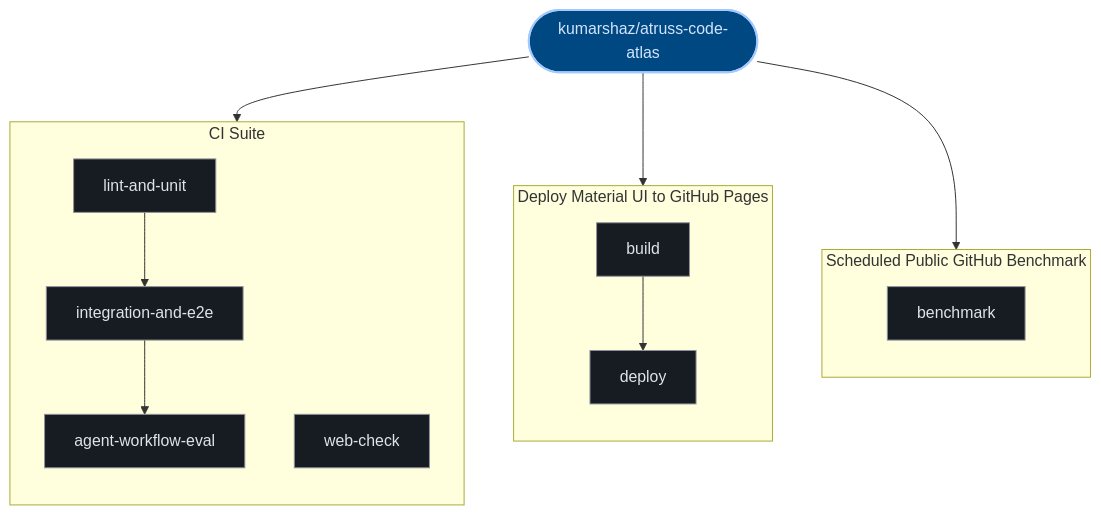
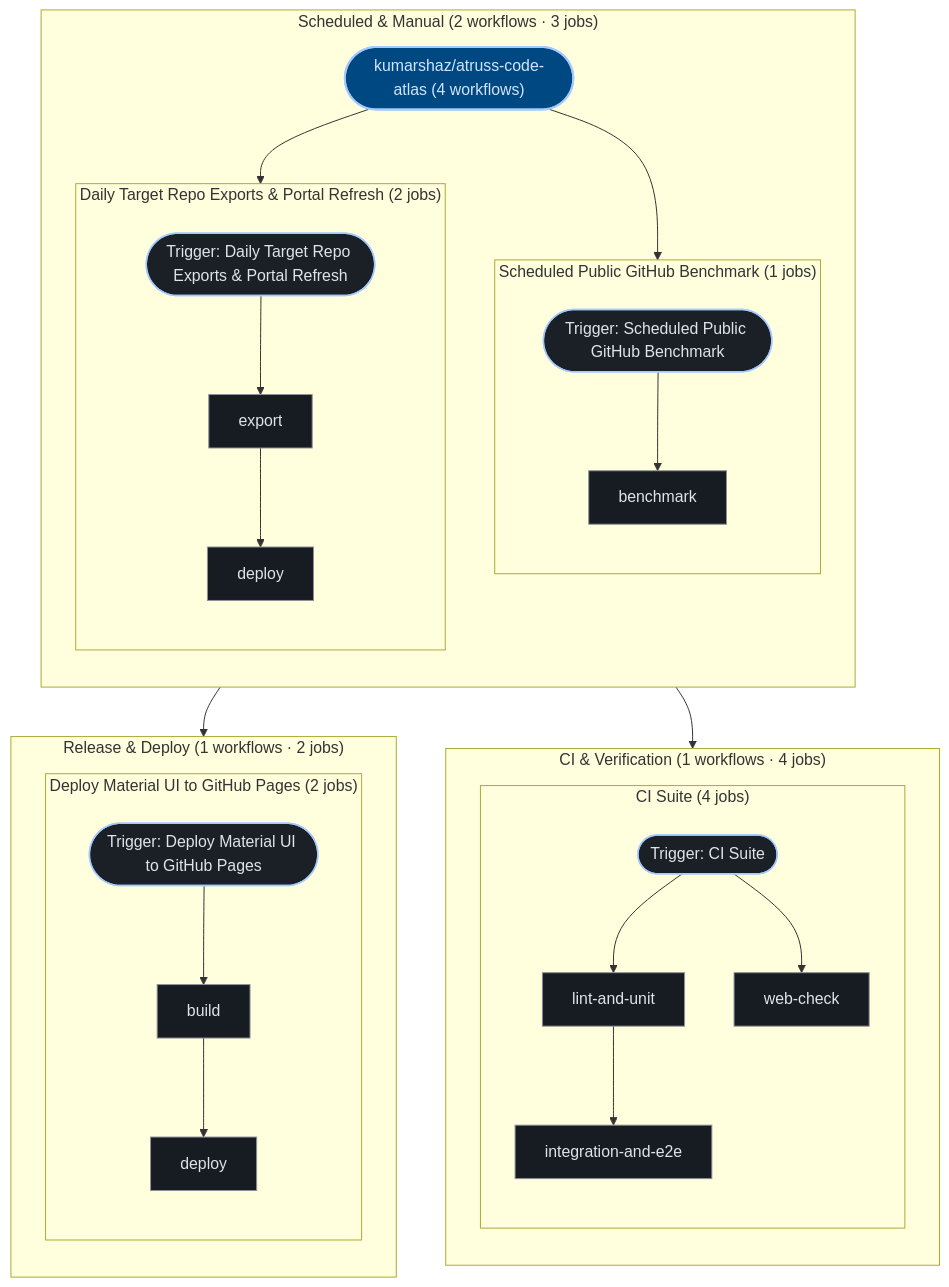
One commit to kumarshaz/atruss-code-atlas changed the third of 3 diagrams in exports/latest/reports/kumarshaz-atruss-code-atlas-report.md. Above: the diagram before and after it, drawn with Mermaid. The commit also changed other lines of this file and 1613 other files, not shown here.

Commit message:
chore(daily-export): refresh exports/latest snapshot

````diff
--- a/exports/latest/reports/kumarshaz-atruss-code-atlas-report.md
+++ b/exports/latest/reports/kumarshaz-atruss-code-atlas-report.md
@@ -198,33 +289,57 @@
 ```mermaid
 graph TD;
+  %% title: CI/CD Pipeline Topology — kumarshaz/atruss-code-atlas
   classDef atlasRoot fill:#004882,stroke:#a3c9ff,stroke-width:2px,color:#d3e4ff
   classDef atlasCategory fill:#212428,stroke:#E87A48,stroke-width:1.5px,color:#dfe3eb
   classDef atlasWorkflow fill:#1b2026,stroke:#a3c9ff,stroke-width:1.5px,color:#dfe3eb
   classDef atlasJob fill:#171c22,stroke:#8d9199,stroke-width:1px,color:#dfe3eb
   classDef atlasTarget fill:#005227,stroke:#8bd99b,stroke-width:1.5px,color:#a7f6b6
   classDef atlasAlert fill:#93000a,stroke:#ffb4ab,stroke-width:1.5px,color:#ffdad6
   classDef atlasMore fill:#252a31,stroke:#8d9199,stroke-dasharray:4 4,color:#c3c6cf
-  pipeline_root(["kumarshaz/atruss-code-atlas"]):::atlasRoot
-  subgraph Scheduled_Public_GitHub_Benchmark_0["Scheduled Public GitHub Benchmark"]
+  pipeline_root(["kumarshaz/atruss-code-atlas (4 workflows)"]):::atlasRoot
+  subgraph sg_grp_0_Scheduled___Manual["Scheduled & Manual (2 workflows · 3 jobs)"]
     direction TB
-    0_benchmark["benchmark"]:::atlasJob
+    subgraph sg_wf_0_Scheduled_Public_GitHub_Benchmark["Scheduled Public GitHub Benchmark (1 jobs)"]
+      direction TB
+      wf_0_Scheduled_Public_GitHub_Benchmark(["Trigger: Scheduled Public GitHub Benchmark"]):::atlasWorkflow
+      job_0_benchmark["benchmark"]:::atlasJob
+      wf_0_Scheduled_Public_GitHub_Benchmark --> job_0_benchmark
+    end
+    pipeline_root --> wf_0_Scheduled_Public_GitHub_Benchmark
+    subgraph sg_wf_1_Daily_Target_Repo_Exports___Portal_Refresh["Daily Target Repo Exports & Portal Refresh (2 jobs)"]
+      direction TB
+      wf_1_Daily_Target_Repo_Exports___Portal_Refresh(["Trigger: Daily Target Repo Exports & Portal Refresh"]):::atlasWorkflow
+      job_1_export["export"]:::atlasJob
+      job_1_deploy["deploy"]:::atlasJob
+      wf_1_Daily_Target_Repo_Exports___Portal_Refresh --> job_1_export
+      job_1_export --> job_1_deploy
+    end
+    pipeline_root --> wf_1_Daily_Target_Repo_Exports___Portal_Refresh
   end
-  pipeline_root --> 0_benchmark
-  subgraph Deploy_Material_UI_to_GitHub_Pages_1["Deploy Material UI to GitHub Pages"]
+  subgraph sg_grp_1_CI___Verification["CI & Verification (1 workflows · 4 jobs)"]
     direction TB
-    1_build["build"]:::atlasJob
-    1_deploy["deploy"]:::atlasJob
-    1_build --> 1_deploy
+    subgraph sg_wf_3_CI_Suite["CI Suite (4 jobs)"]
+      direction TB
+      wf_3_CI_Suite(["Trigger: CI Suite"]):::atlasWorkflow
+      job_3_lint_and_unit["lint-and-unit"]:::atlasJob
+      job_3_web_check["web-check"]:::atlasJob
+      job_3_integration_and_e2e["integration-and-e2e"]:::atlasJob
+      wf_3_CI_Suite --> job_3_lint_and_unit
+      wf_3_CI_Suite --> job_3_web_check
+      job_3_lint_and_unit --> job_3_integration_and_e2e
+    end
+    pipeline_root --> wf_3_CI_Suite
   end
-  pipeline_root --> 1_build
-  subgraph CI_Suite_2["CI Suite"]
+  subgraph sg_grp_2_Release___Deploy["Release & Deploy (1 workflows · 2 jobs)"]
     direction TB
-    2_lint_and_unit["lint-and-unit"]:::atlasJob
-    2_web_check["web-check"]:::atlasJob
-    2_integration_and_e2e["integration-and-e2e"]:::atlasJob
-    2_lint_and_unit --> 2_integration_and_e2e
-    2_agent_workflow_eval["agent-workflow-eval"]:::atlasJob
-    2_integration_and_e2e --> 2_agent_workflow_eval
+    subgraph sg_wf_2_Deploy_Material_UI_to_GitHub_Pages["Deploy Material UI to GitHub Pages (2 jobs)"]
+      direction TB
+      wf_2_Deploy_Material_UI_to_GitHub_Pages(["Trigger: Deploy Material UI to GitHub Pages"]):::atlasWorkflow
+      job_2_build["build"]:::atlasJob
+      job_2_deploy["deploy"]:::atlasJob
+      wf_2_Deploy_Material_UI_to_GitHub_Pages --> job_2_build
+      job_2_build --> job_2_deploy
+    end
+    pipeline_root --> wf_2_Deploy_Material_UI_to_GitHub_Pages
   end
-  pipeline_root --> 2_lint_and_unit
 ```
````
